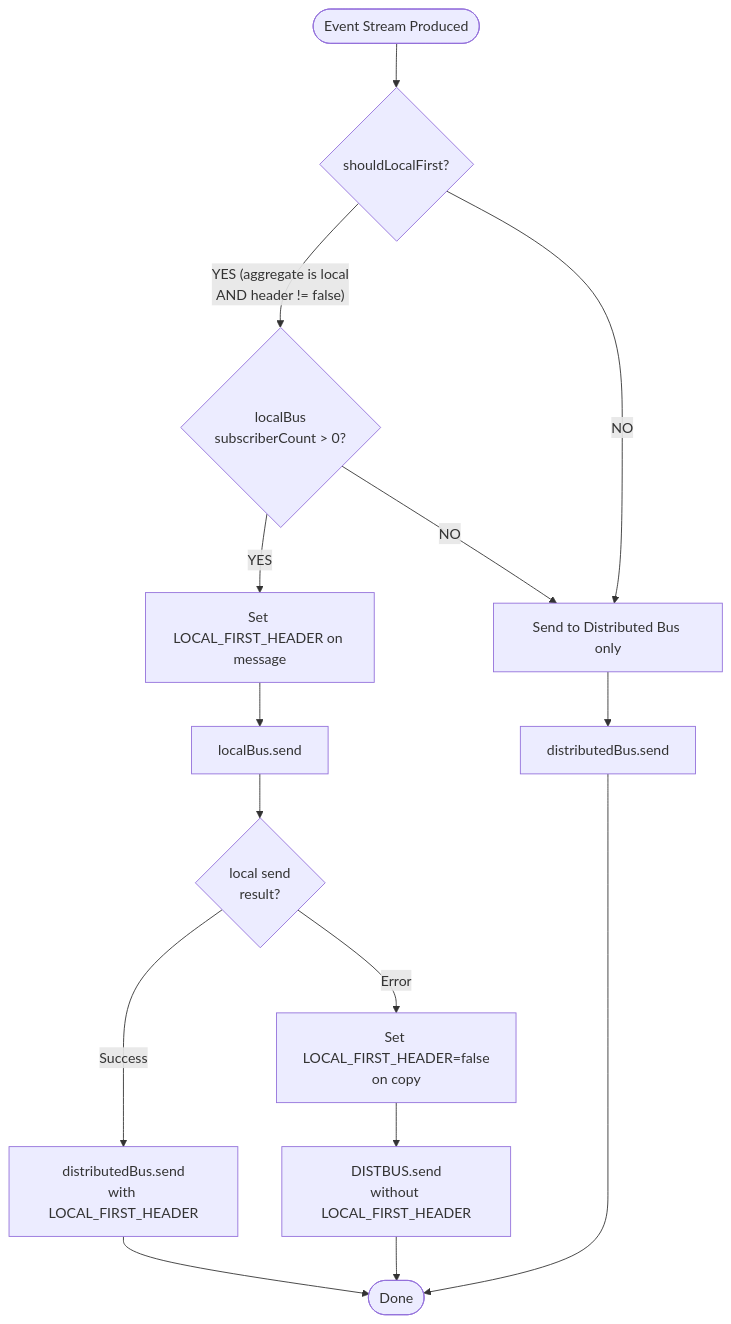
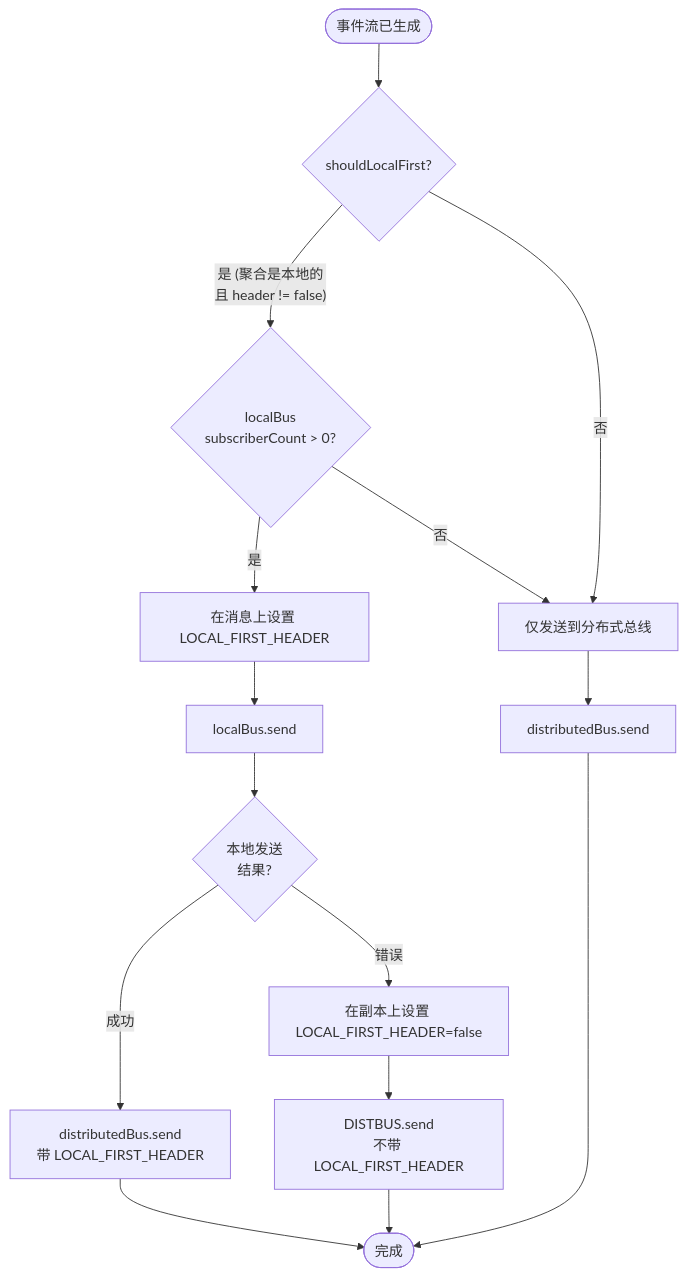
The fourth of 5 diagrams in documentation/docs/zh/guide/advanced/event-bus.md (Ahoo-Wang/Wow), drawn with Mermaid before and after one commit. The commit also changed other lines of this file and 11 other files, not shown here.

````diff
--- a/documentation/docs/zh/guide/advanced/event-bus.md
+++ b/documentation/docs/zh/guide/advanced/event-bus.md
@@ -281,23 +281,23 @@
 ```mermaid
 flowchart TD
-    START([Event Stream Produced]) --> CHECK{shouldLocalFirst?}
+    START([事件流已生成]) --> CHECK{shouldLocalFirst?}
 
-    CHECK -->|"YES (aggregate is local<br>AND header != false)"| LSUB{localBus<br>subscriberCount > 0?}
-    CHECK -->|NO| DISTBUS[Send to Distributed Bus only]
+    CHECK -->|"是 (聚合是本地的<br>且 header != false)"| LSUB{localBus<br>subscriberCount > 0?}
+    CHECK -->|否| DISTBUS[仅发送到分布式总线]
 
-    LSUB -->|YES| SETLF[Set LOCAL_FIRST_HEADER on message]
-    LSUB -->|NO| DISTBUS
+    LSUB -->|是| SETLF[在消息上设置 LOCAL_FIRST_HEADER]
+    LSUB -->|否| DISTBUS
 
     SETLF --> LSEND[localBus.send]
-    LSEND --> LRESULT{local send<br>result?}
+    LSEND --> LRESULT{本地发送<br>结果?}
 
-    LRESULT -->|Success| DISTSEND[distributedBus.send<br>with LOCAL_FIRST_HEADER]
-    LRESULT -->|Error| SETFALSE[Set LOCAL_FIRST_HEADER=false<br>on copy]
-    SETFALSE --> DISTNO[DISTBUS.send<br>without LOCAL_FIRST_HEADER]
+    LRESULT -->|成功| DISTSEND[distributedBus.send<br>带 LOCAL_FIRST_HEADER]
+    LRESULT -->|错误| SETFALSE[在副本上设置 LOCAL_FIRST_HEADER=false]
+    SETFALSE --> DISTNO[DISTBUS.send<br>不带 LOCAL_FIRST_HEADER]
 
     DISTBUS --> DISTSEND2[distributedBus.send]
-    DISTSEND --> DONE([Done])
+    DISTSEND --> DONE([完成])
     DISTNO --> DONE
     DISTSEND2 --> DONE
 
 ```
````
